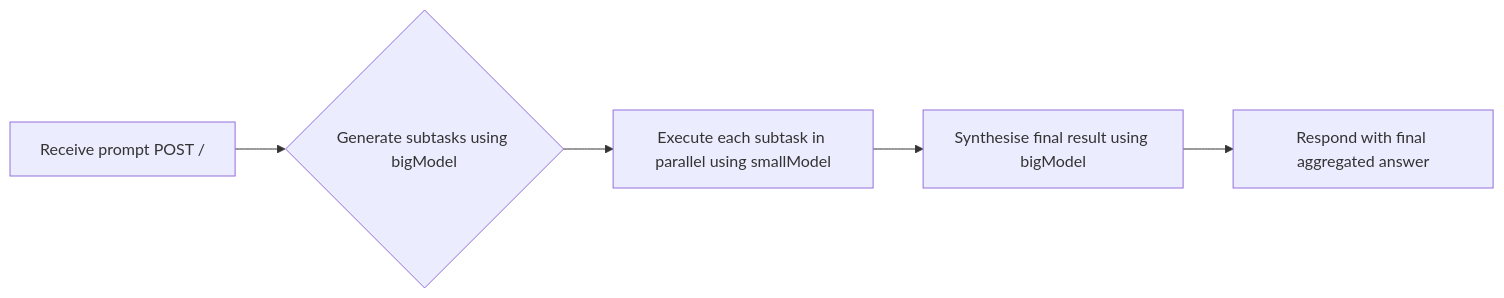
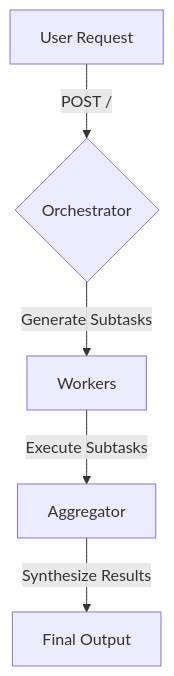
One commit to reeawnc/cloudflare changed the first of 2 diagrams in apps/orchestrator-workers/README.md. Above: the diagram before and after it, drawn with Mermaid. The commit also changed other lines of this file and 18 other files, not shown here.

````diff
--- a/apps/orchestrator-workers/README.md
+++ b/apps/orchestrator-workers/README.md
@@ -50,7 +84,7 @@
 ```mermaid
-flowchart LR
-    A[Receive prompt POST /] --> B{Generate subtasks using bigModel}
-    B --> C[Execute each subtask in parallel using smallModel]
-    C --> D[Synthesise final result using bigModel]
-    D --> E[Respond with final aggregated answer]
+graph TD;
+    A[User Request] -->|POST /| B{Orchestrator}
+    B -->|Generate Subtasks| C[Workers]
+    C -->|Execute Subtasks| D[Aggregator]
+    D -->|Synthesize Results| E[Final Output]
 ```
````
